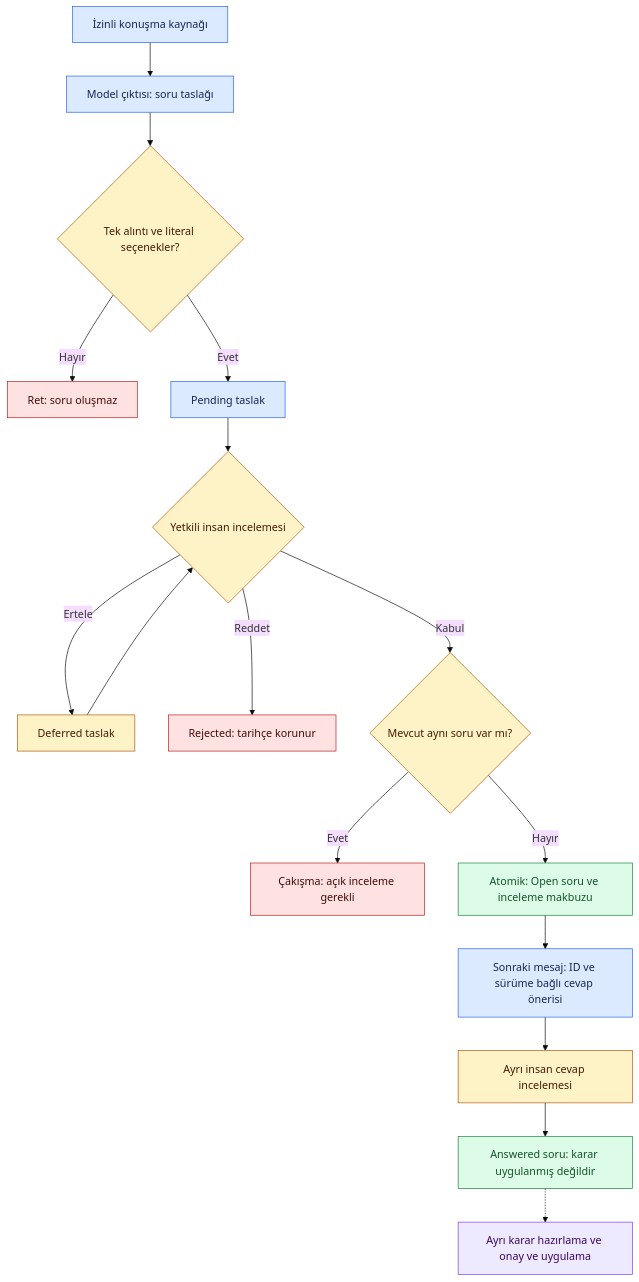
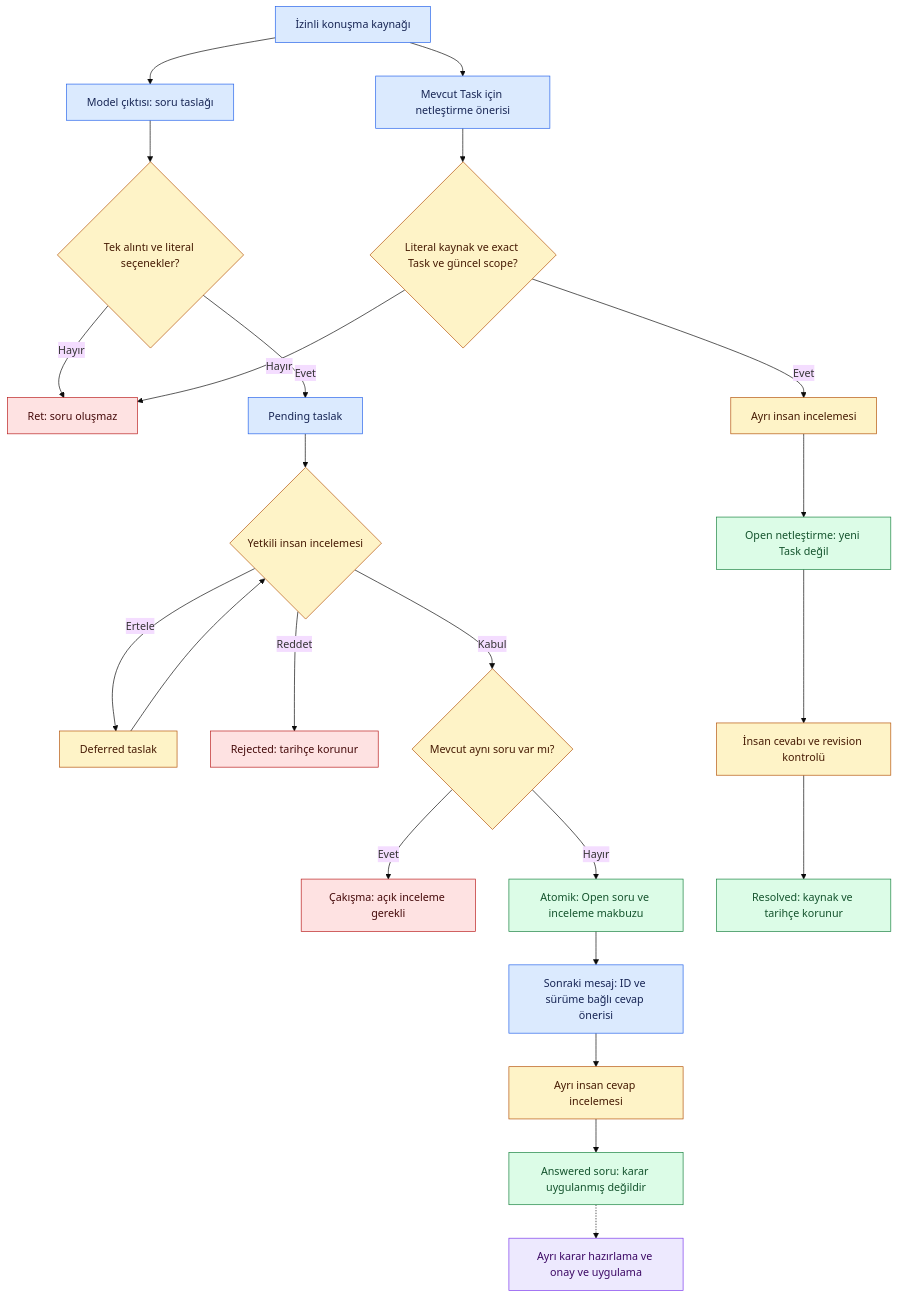
Before and after one commit to alphanAkbulut/decivora: the diagram in docs/quality/dialogue-status-runtime.md, drawn with Mermaid (base theme). The commit also changed other lines of this file and 31 other files, not shown here.

````diff
--- a/docs/quality/dialogue-status-runtime.md
+++ b/docs/quality/dialogue-status-runtime.md
@@ -141,30 +141,40 @@
 ```mermaid
 flowchart TD
   accTitle: Kaynaklı soru taslağı ve ayrı insan kararı
-  accDescr: Kaynak ve seçenek kontrolünden geçen taslak ayrı insan incelemesiyle kalıcı Open soruya dönüşür. Geç cevap ayrı incelemeyle kaydedilir, karar uygulaması ayrıca onay gerektirir.
+  accDescr: Mevcut göreve bağlı seçeneksiz netleştirme ayrı insan incelemesiyle Open kayıt olur. Seçenekli soru yolunda kaynak ve seçenek kontrolünden geçen taslak ayrı insan incelemesiyle kalıcı Open soruya dönüşür. Geç cevap ayrı incelemeyle kaydedilir, karar uygulaması ayrıca onay gerektirir.
   S[İzinli konuşma kaynağı] --> M[Model çıktısı: soru taslağı]
   M --> V{Tek alıntı ve literal seçenekler?}
   V -->|Hayır| X[Ret: soru oluşmaz]
   V -->|Evet| D[Pending taslak]
   D --> H{Yetkili insan incelemesi}
   H -->|Ertele| F[Deferred taslak]
   F --> H
   H -->|Reddet| R[Rejected: tarihçe korunur]
   H -->|Kabul| U{Mevcut aynı soru var mı?}
   U -->|Evet| C[Çakışma: açık inceleme gerekli]
   U -->|Hayır| Q[Atomik: Open soru ve inceleme makbuzu]
   Q --> A[Sonraki mesaj: ID ve sürüme bağlı cevap önerisi]
   A --> J[Ayrı insan cevap incelemesi]
   J --> K[Answered soru: karar uygulanmış değildir]
   K -.-> P[Ayrı karar hazırlama ve onay ve uygulama]
+  S --> CL[Mevcut Task için netleştirme önerisi]
+  CL --> CV{Literal kaynak ve exact Task ve güncel scope?}
+  CV -->|Evet| CH[Ayrı insan incelemesi]
+  CV -->|Hayır| X
+  CH --> CO[Open netleştirme: yeni Task değil]
+  CO --> CR[İnsan cevabı ve revision kontrolü]
+  CR --> CF[Resolved: kaynak ve tarihçe korunur]
+  class CL input
+  class CV,CH,CR review
+  class CO,CF saved
   classDef input fill:#dbeafe,stroke:#2563eb,color:#172554
   classDef review fill:#fef3c7,stroke:#b45309,color:#451a03
   classDef saved fill:#dcfce7,stroke:#15803d,color:#14532d
   classDef stop fill:#fee2e2,stroke:#b91c1c,color:#450a0a
   classDef separate fill:#ede9fe,stroke:#7c3aed,color:#3b0764
   class S,M,D,A input
   class V,H,U,F,J review
   class Q,K saved
   class X,R,C stop
   class P separate
 ```
````
